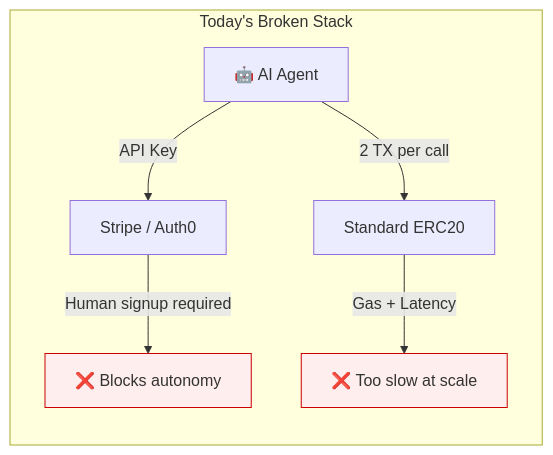
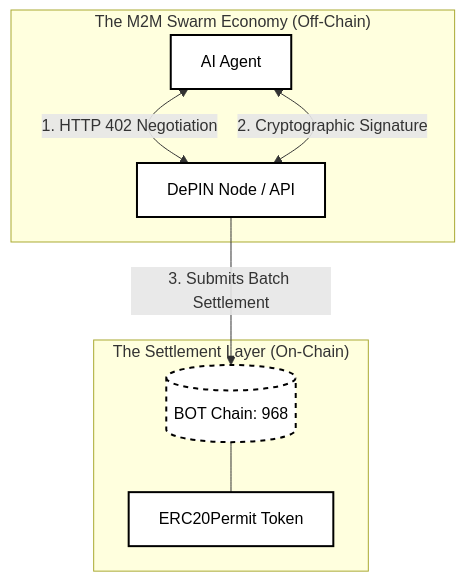
One commit to rythmern02/Swarm-Broker changed the first of 2 diagrams in BOT_CHAIN_X402_PROPOSAL.md. Above: the diagram before and after it, drawn with Mermaid. The commit also changed other lines of this file and 1 other file, not shown here.

Commit message:
docs: Remove broken banner and replace emojis with organic emoticons

````diff
--- a/BOT_CHAIN_X402_PROPOSAL.md
+++ b/BOT_CHAIN_X402_PROPOSAL.md
@@ -76,12 +30,21 @@
 ```mermaid
-graph LR
-    subgraph "Today's Broken Stack"
-        A[🤖 AI Agent] -->|API Key| B[Stripe / Auth0]
-        A -->|2 TX per call| C[Standard ERC20]
-        B -->|Human signup required| D[❌ Blocks autonomy]
-        C -->|Gas + Latency| E[❌ Too slow at scale]
+graph TD
+    subgraph "The M2M Swarm Economy (Off-Chain)"
+        A[AI Agent]
+        B[DePIN Node / API]
+        A <-->|1. HTTP 402 Negotiation| B
+        A <-->|2. Cryptographic Signature| B
     end
 
-    style D fill:#fee,stroke:#c00
-    style E fill:#fee,stroke:#c00
+    subgraph "The Settlement Layer (On-Chain)"
+        C[(BOT Chain: 968)]
+        D[ERC20Permit Token]
+        B -->|3. Submits Batch Settlement| C
+        C --- D
+    end
+
+    style A fill:#fff,stroke:#000,stroke-width:2px,color:#000
+    style B fill:#fff,stroke:#000,stroke-width:2px,color:#000
+    style C fill:#fff,stroke:#000,stroke-width:2px,stroke-dasharray: 5 5,color:#000
+    style D fill:#fff,stroke:#000,stroke-width:2px,color:#000
 ```
````
